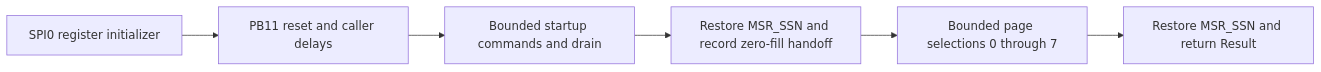
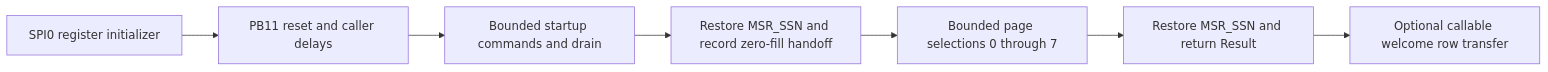
Before and after one commit to m0hdy/uv-k5-rust-firmware: the diagram in docs/st7565-startup.md, drawn with Mermaid. The commit also changed other lines of this file and 6 other files, not shown here.

First line of the commit message:
Execute welcome startup and bounded M0HDY row transfer (#295)

````diff
--- a/docs/st7565-startup.md
+++ b/docs/st7565-startup.md
@@ -40,8 +40,9 @@
 ```mermaid
 flowchart LR
     SPI[SPI0 register initializer] --> RESET[PB11 reset and caller delays]
     RESET --> INIT[Bounded startup commands and drain]
     INIT --> HANDOFF[Restore MSR_SSN and record zero-fill handoff]
     HANDOFF --> PAGES[Bounded page selections 0 through 7]
     PAGES --> RETURN[Restore MSR_SSN and return Result]
+    RETURN --> WELCOME[Optional callable welcome row transfer]
 ```
````
